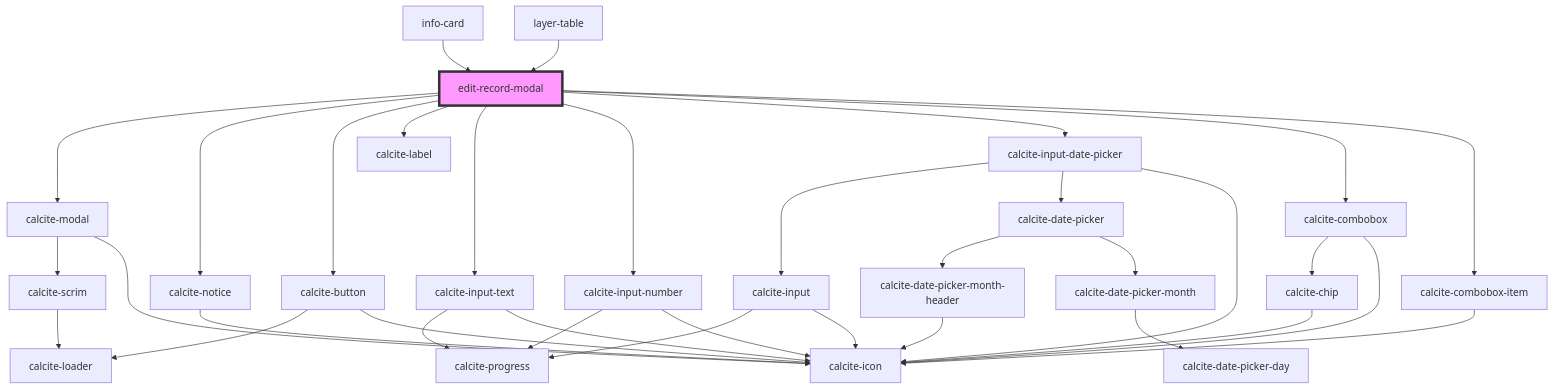
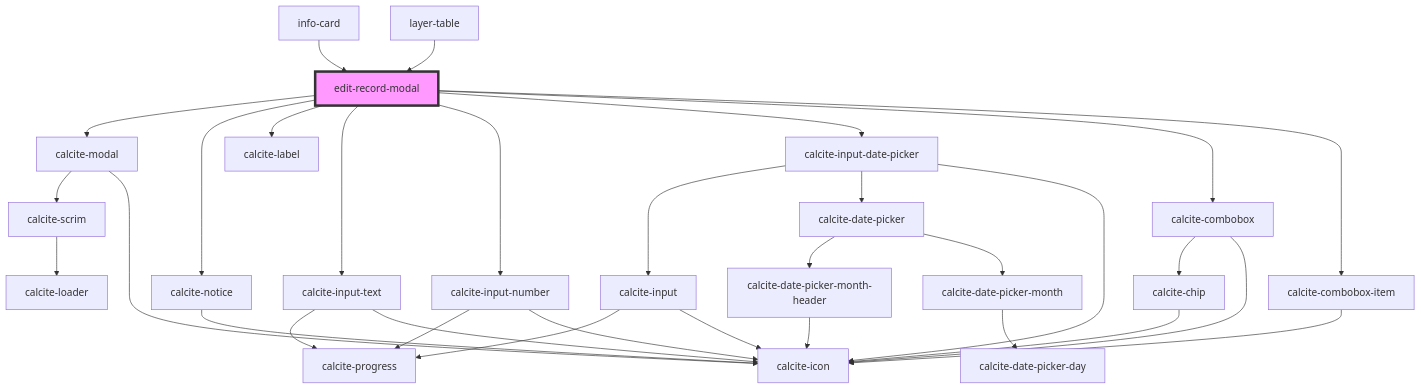
One commit to Esri/solutions-components changed the diagram in src/components/edit-record-modal/readme.md. Above: the diagram before and after it, drawn with Mermaid. The commit also changed other lines of this file and 5 other files, not shown here.

````diff
--- a/src/components/edit-record-modal/readme.md
+++ b/src/components/edit-record-modal/readme.md
@@ -47,38 +46,35 @@
 ```mermaid
 graph TD;
   edit-record-modal --> calcite-modal
   edit-record-modal --> calcite-notice
-  edit-record-modal --> calcite-button
   edit-record-modal --> calcite-label
   edit-record-modal --> calcite-input-text
   edit-record-modal --> calcite-input-number
   edit-record-modal --> calcite-input-date-picker
   edit-record-modal --> calcite-combobox
   edit-record-modal --> calcite-combobox-item
   calcite-modal --> calcite-scrim
   calcite-modal --> calcite-icon
   calcite-scrim --> calcite-loader
   calcite-notice --> calcite-icon
-  calcite-button --> calcite-loader
-  calcite-button --> calcite-icon
   calcite-input-text --> calcite-progress
   calcite-input-text --> calcite-icon
   calcite-input-number --> calcite-progress
   calcite-input-number --> calcite-icon
   calcite-input-date-picker --> calcite-input
   calcite-input-date-picker --> calcite-date-picker
   calcite-input-date-picker --> calcite-icon
   calcite-input --> calcite-progress
   calcite-input --> calcite-icon
   calcite-date-picker --> calcite-date-picker-month-header
   calcite-date-picker --> calcite-date-picker-month
   calcite-date-picker-month-header --> calcite-icon
   calcite-date-picker-month --> calcite-date-picker-day
   calcite-combobox --> calcite-chip
   calcite-combobox --> calcite-icon
   calcite-chip --> calcite-icon
   calcite-combobox-item --> calcite-icon
   info-card --> edit-record-modal
   layer-table --> edit-record-modal
   style edit-record-modal fill:#f9f,stroke:#333,stroke-width:4px
 ```
````
